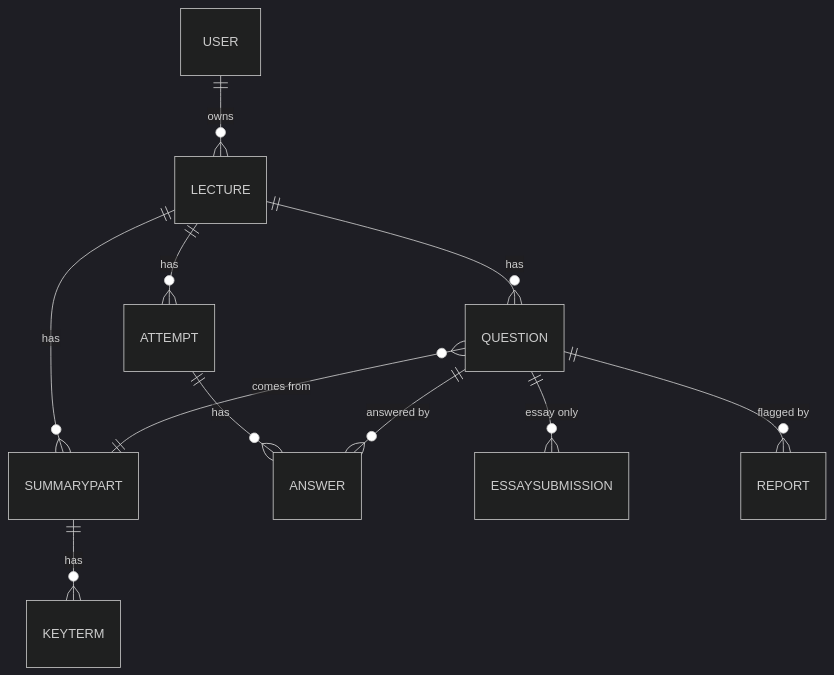
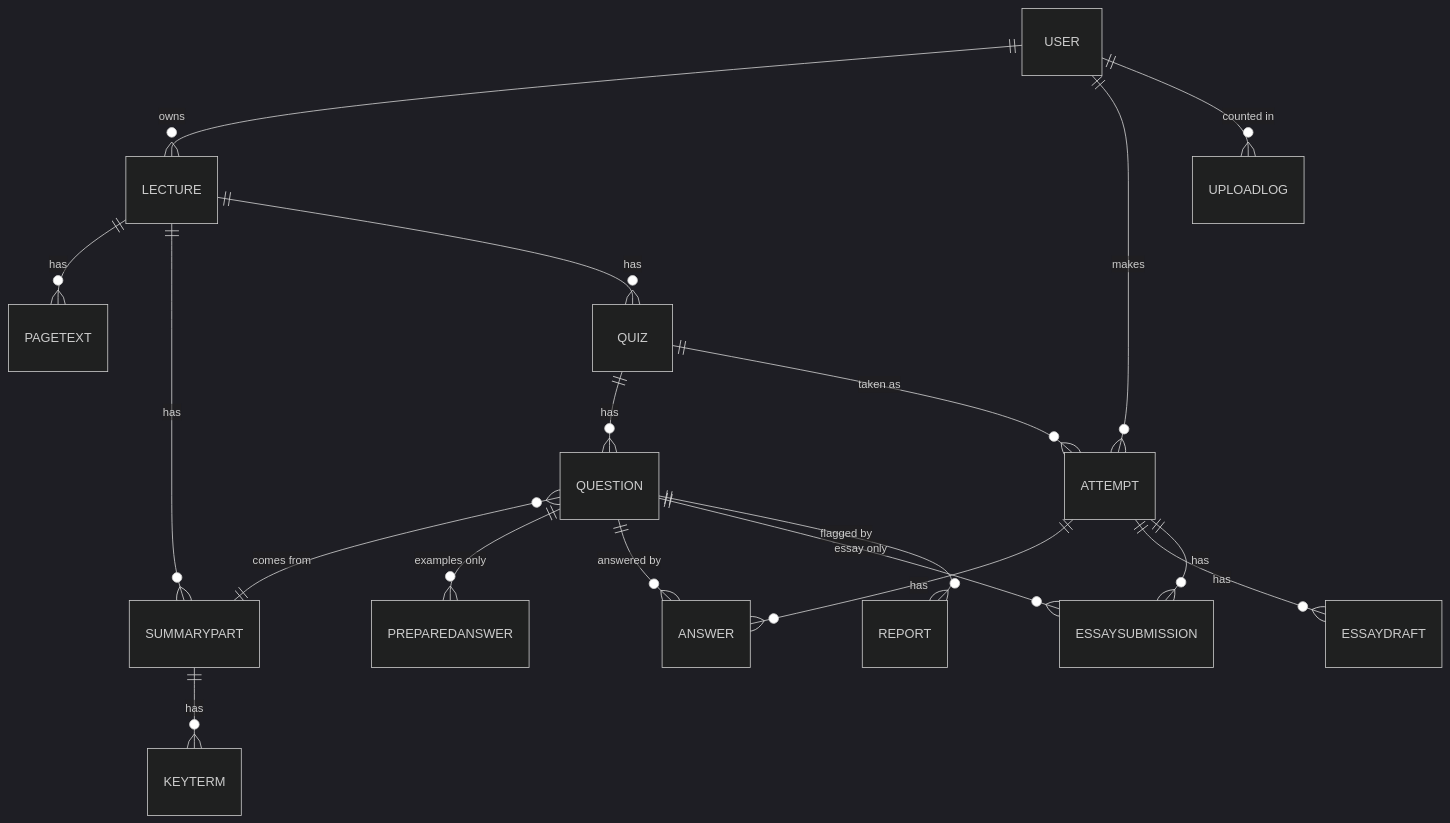
One commit to IBE160-2026/G127-ajemba changed the third of 3 diagrams in _bmad-output/initiative-recall/architecture-recall/architecture-recall.md. Above: the diagram before and after it, drawn with Mermaid (dark theme). The commit also changed other lines of this file and 11 other files, not shown here.

Commit message:
Finalize architecture after review and Gemini terms check

````diff
--- a/_bmad-output/initiative-recall/architecture-recall/architecture-recall.md
+++ b/_bmad-output/initiative-recall/architecture-recall/architecture-recall.md
@@ -201,13 +345,20 @@
 ```mermaid
 erDiagram
     USER ||--o{ LECTURE : owns
+    LECTURE ||--o{ PAGETEXT : has
     LECTURE ||--o{ SUMMARYPART : has
     SUMMARYPART ||--o{ KEYTERM : has
-    LECTURE ||--o{ QUESTION : has
+    LECTURE ||--o{ QUIZ : has
+    QUIZ ||--o{ QUESTION : has
     QUESTION }o--|| SUMMARYPART : "comes from"
-    LECTURE ||--o{ ATTEMPT : has
+    QUESTION ||--o{ PREPAREDANSWER : "examples only"
+    USER ||--o{ ATTEMPT : makes
+    QUIZ ||--o{ ATTEMPT : "taken as"
     ATTEMPT ||--o{ ANSWER : has
     QUESTION ||--o{ ANSWER : "answered by"
+    ATTEMPT ||--o{ ESSAYDRAFT : has
+    ATTEMPT ||--o{ ESSAYSUBMISSION : has
     QUESTION ||--o{ ESSAYSUBMISSION : "essay only"
     QUESTION ||--o{ REPORT : "flagged by"
+    USER ||--o{ UPLOADLOG : "counted in"
 ```
````
